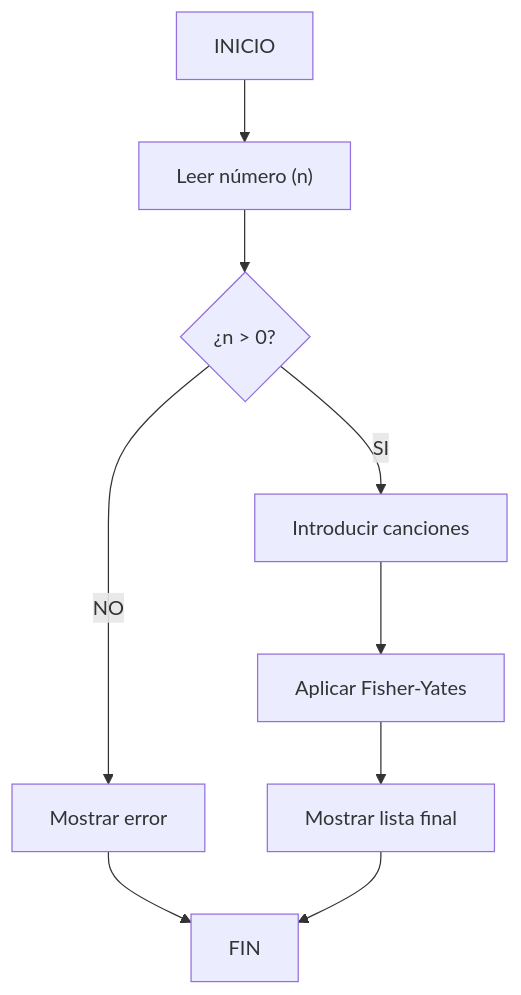
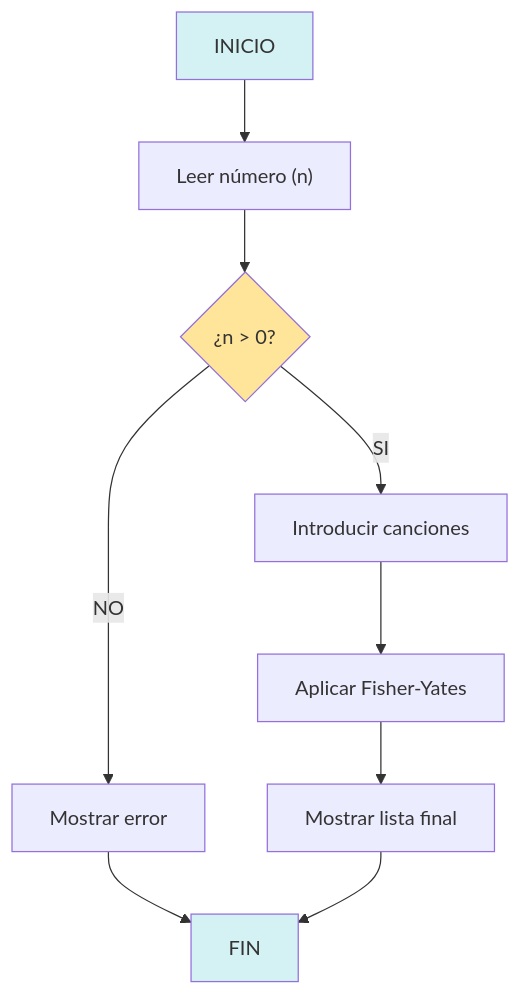
The diagram in codigo/diagramadeflujo.md (colorincop-sys/Metodo-Caso-Valle-del-Silicio), drawn with Mermaid before and after one commit.

Commit message:
Enhance flowchart with node styling
Added styles to nodes A, E, and C in the flowchart.

````diff
--- a/codigo/diagramadeflujo.md
+++ b/codigo/diagramadeflujo.md
@@ -1,15 +1,16 @@
 ```mermaid
 flowchart TD
 
 A[INICIO] --> B["Leer número (n)"]
-
 B --> C{¿n > 0?}
-
 C -- NO --> D[Mostrar error]
 D --> E[FIN]
-
 C -- SI --> F[Introducir canciones]
 F --> G[Aplicar Fisher-Yates]
 G --> H[Mostrar lista final]
-H --> E[FIN]
+H --> E
+
+style A fill:#d4f1f4
+style E fill:#d4f1f4
+style C fill:#ffe599
 ```
````
